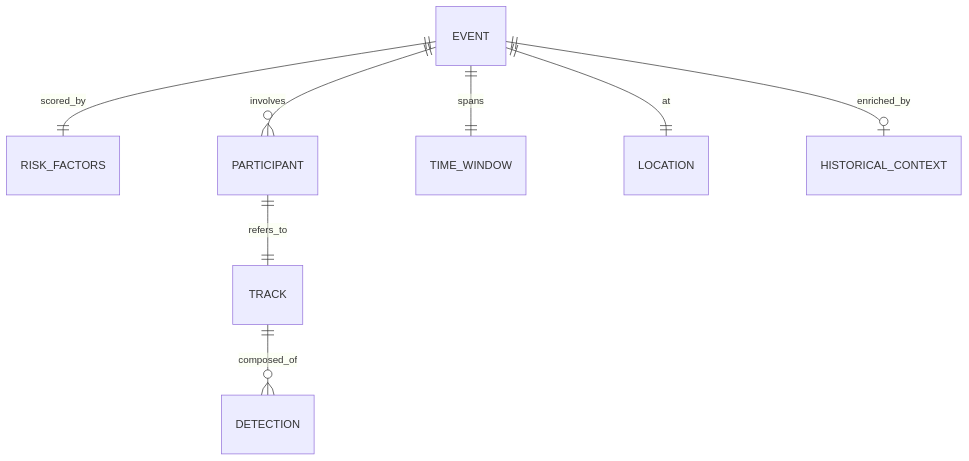
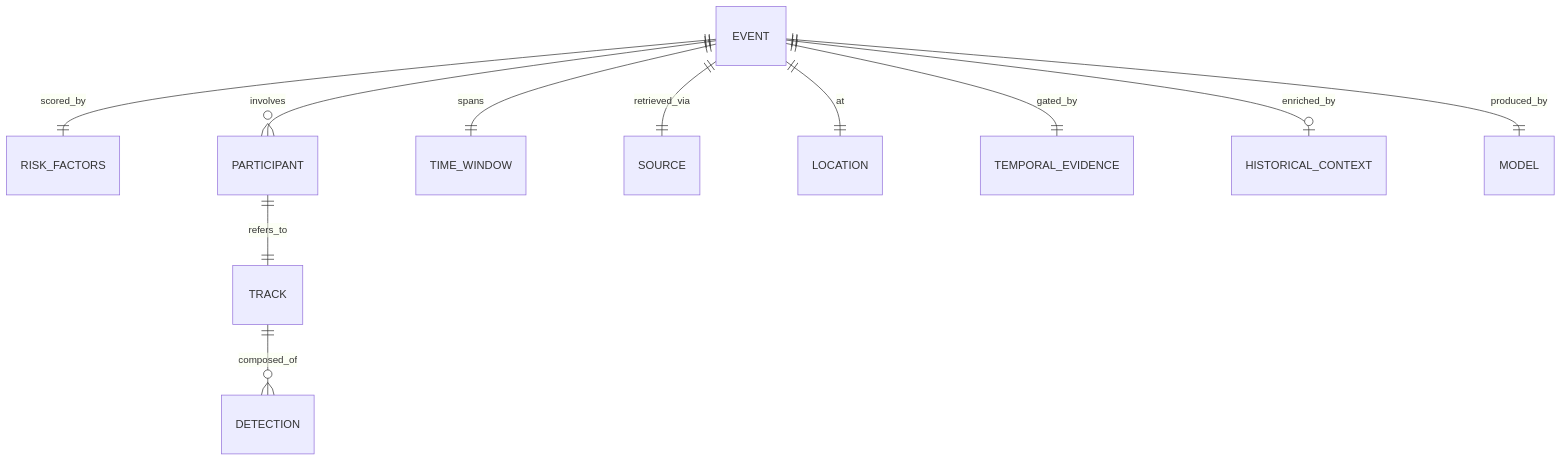
The diagram in vault/04-Architecture/06-Data-Model.md (Ajitkumar-1001/NearMiss-NYC-Agent), drawn with Mermaid before and after one commit. The commit also changed other lines of this file and 57 other files, not shown here.

````diff
--- a/vault/04-Architecture/06-Data-Model.md
+++ b/vault/04-Architecture/06-Data-Model.md
@@ -113,10 +196,13 @@
 ```mermaid
 erDiagram
     EVENT ||--|| RISK_FACTORS : scored_by
     EVENT ||--o{ PARTICIPANT : involves
     EVENT ||--|| TIME_WINDOW : spans
+    EVENT ||--|| SOURCE : retrieved_via
     EVENT ||--|| LOCATION : at
+    EVENT ||--|| TEMPORAL_EVIDENCE : gated_by
     EVENT ||--o| HISTORICAL_CONTEXT : enriched_by
+    EVENT ||--|| MODEL : produced_by
     PARTICIPANT ||--|| TRACK : refers_to
     TRACK ||--o{ DETECTION : composed_of
 ```
````
